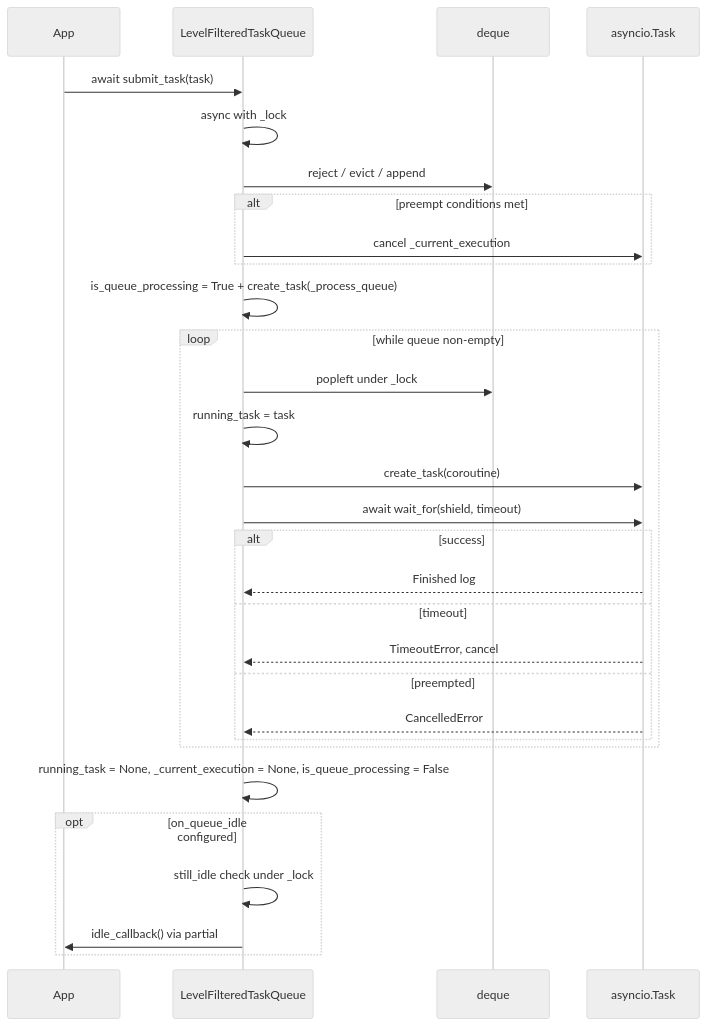
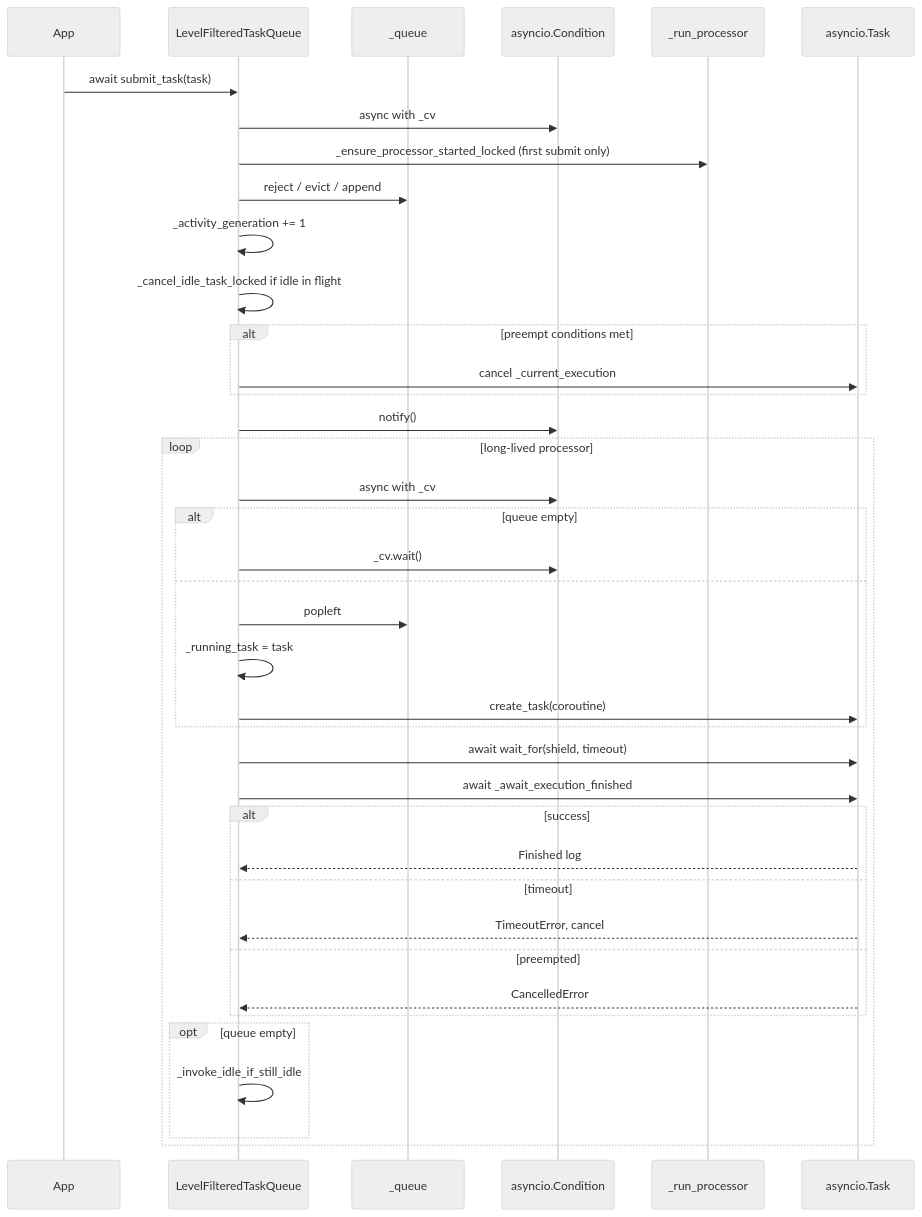
The second of 9 diagrams in .cursor/plans/system_architecture_workflow_b2d79ca7.plan.md (scoville/test_filter_queue), drawn with Mermaid (neutral theme) before and after one commit. The commit also changed other lines of this file and 2 other files, not shown here.

````diff
--- a/.cursor/plans/system_architecture_workflow_b2d79ca7.plan.md
+++ b/.cursor/plans/system_architecture_workflow_b2d79ca7.plan.md
@@ -93,35 +116,43 @@
 ```mermaid
 sequenceDiagram
     participant App
     participant Queue as LevelFilteredTaskQueue
-    participant Deque as deque
+    participant Deque as _queue
+    participant CV as asyncio.Condition
+    participant Proc as _run_processor
     participant Exec as asyncio.Task
 
     App->>Queue: await submit_task(task)
-    Queue->>Queue: async with _lock
+    Queue->>CV: async with _cv
+    Queue->>Proc: _ensure_processor_started_locked (first submit only)
     Queue->>Deque: reject / evict / append
+    Queue->>Queue: _activity_generation += 1
+    Queue->>Queue: _cancel_idle_task_locked if idle in flight
     alt preempt conditions met
         Queue->>Exec: cancel _current_execution
     end
-    Queue->>Queue: is_queue_processing = True + create_task(_process_queue)
+    Queue->>CV: notify()
 
-    loop while queue non-empty
-        Queue->>Deque: popleft under _lock
-        Queue->>Queue: running_task = task
-        Queue->>Exec: create_task(coroutine)
+    loop long-lived processor
+        Queue->>CV: async with _cv
+        alt queue empty
+            Queue->>CV: _cv.wait()
+        else
+            Queue->>Deque: popleft
+            Queue->>Queue: _running_task = task
+            Queue->>Exec: create_task(coroutine)
+        end
         Queue->>Exec: await wait_for(shield, timeout)
+        Queue->>Exec: await _await_execution_finished
         alt success
             Exec-->>Queue: Finished log
         else timeout
             Exec-->>Queue: TimeoutError, cancel
         else preempted
             Exec-->>Queue: CancelledError
         end
-    end
-
-    Queue->>Queue: running_task = None, _current_execution = None, is_queue_processing = False
-    opt on_queue_idle configured
-        Queue->>Queue: still_idle check under _lock
-        Queue->>App: idle_callback() via partial
+        opt queue empty
+            Queue->>Queue: _invoke_idle_if_still_idle
+        end
     end
 ```
````
